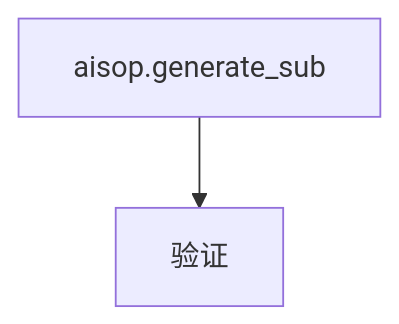
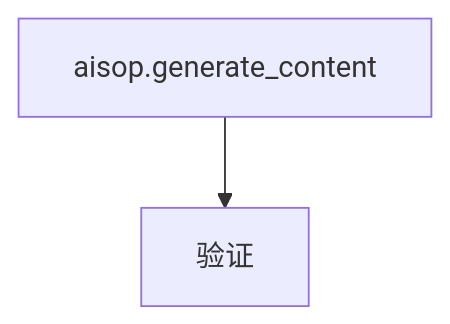
One commit to AIXP-Labs/AISOP changed the fourth of 6 diagrams in specification/aisop-spec_CN.md. Above: the diagram before and after it, drawn with Mermaid. The commit also changed other lines of this file and 38 other files, not shown here.

````diff
--- a/specification/aisop-spec_CN.md
+++ b/specification/aisop-spec_CN.md
@@ -336,4 +396,4 @@
 ```mermaid
 graph TD
-    gen[aisop.generate_sub] --> validate[验证]
+    gen[aisop.generate_content] --> validate[验证]
 ```
````
